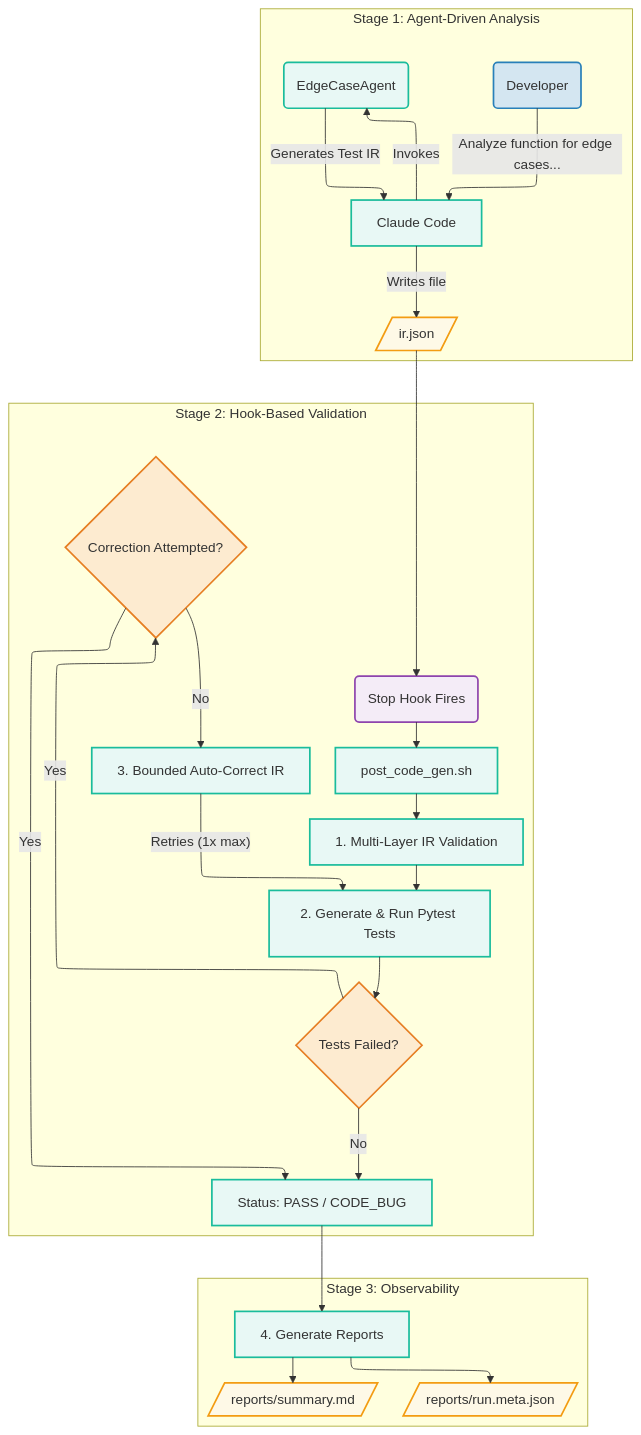
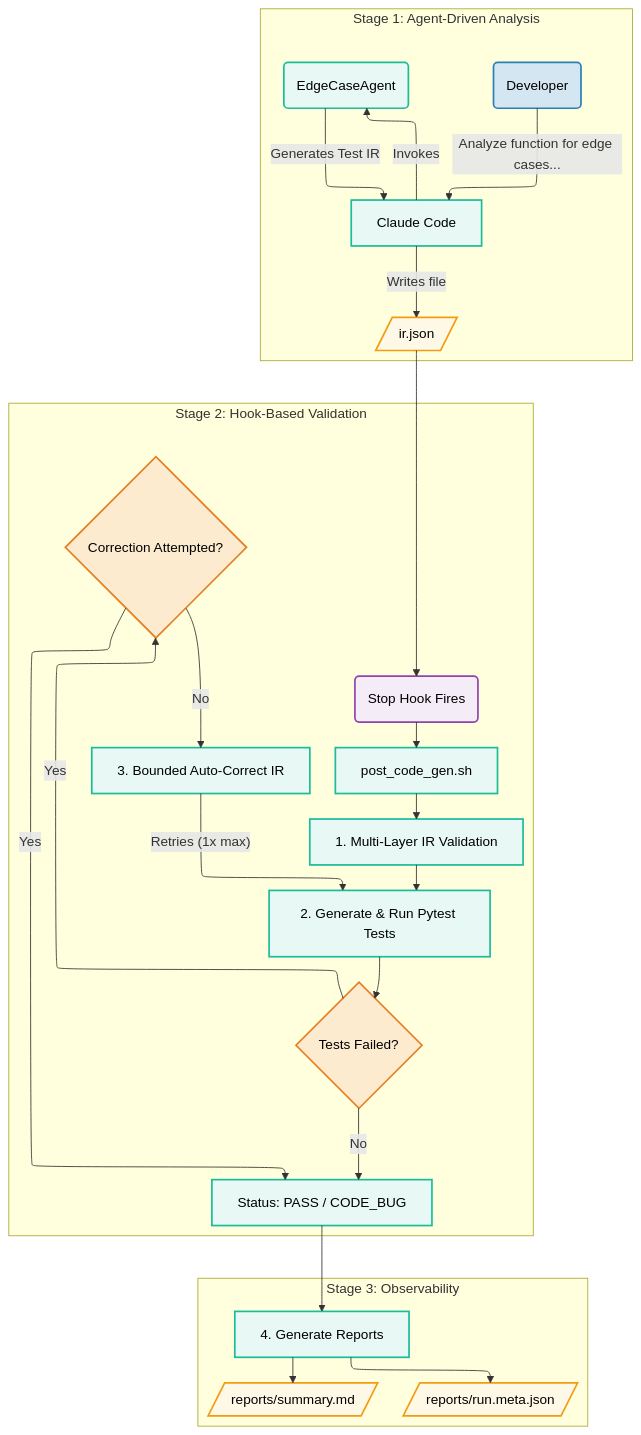
One commit to abean23/claude-code-agent-hooks changed the diagram in docs/main-guide.md. Above: the diagram before and after it, drawn with Mermaid. The commit also changed other lines of this file and 9 other files, not shown here.

````diff
--- a/docs/main-guide.md
+++ b/docs/main-guide.md
@@ -144,48 +144,65 @@
 ```mermaid
 %%{init: { "flowchart": { "defaultRenderer": "elk" } } }%%
 flowchart TD
     %% Define Styles for different node types
     classDef actor fill:#d4e6f1,stroke:#2980b9,stroke-width:2px;
     classDef file fill:#fef9e7,stroke:#f39c12,stroke-width:2px;
     classDef process fill:#e8f8f5,stroke:#1abc9c,stroke-width:2px;
     classDef hook fill:#f4ecf7,stroke:#8e44ad,stroke-width:2px;
     classDef decision fill:#fdebd0,stroke:#e67e22,stroke-width:2px;
 
     %% STAGE 1: Agent Interaction and IR Generation
     subgraph "Stage 1: Agent-Driven Analysis"
         A(Developer) -- "Analyze function for edge cases..." --> B[Claude Code];
         B -- Invokes --> C(EdgeCaseAgent);
         C -- Generates Test IR --> B;
         B -- Writes file --> D[/ir.json/];
     end
 
     %% STAGE 2: Hook-Driven Validation & Correction
     subgraph "Stage 2: Hook-Based Validation"
         E(Stop Hook Fires) --> F[post_code_gen.sh];
         F --> G[1. Multi-Layer IR Validation];
         G --> H[2. Generate & Run Pytest Tests];
         H --> I{Tests Failed?};
         I -- No --> J[Status: PASS / CODE_BUG];
         I -- Yes --> K{Correction Attempted?};
         K -- No --> L[3. Bounded Auto-Correct IR];
         L -- Retries (1x max) --> H;
         K -- Yes --> J;
     end
 
     %% STAGE 3: Observability Reporting
     subgraph "Stage 3: Observability"
         J --> M[4. Generate Reports];
         M --> N[/reports/summary.md/];
         M --> O[/reports/run.meta.json/];
     end
 
     %% Link the Stages
     D --> E;
 
     %% Apply the styles
     class A actor;
     class D,N,O file;
     class B,C,F,G,H,J,L,M process;
     class E hook;
     class I,K decision;
+
+    %% Force all text to black
+    style A fill:#d4e6f1,stroke:#2980b9,stroke-width:2px,color:#000000;
+    style B fill:#e8f8f5,stroke:#1abc9c,stroke-width:2px,color:#000000;
+    style C fill:#e8f8f5,stroke:#1abc9c,stroke-width:2px,color:#000000;
+    style D fill:#fef9e7,stroke:#f39c12,stroke-width:2px,color:#000000;
+    style E fill:#f4ecf7,stroke:#8e44ad,stroke-width:2px,color:#000000;
+    style F fill:#e8f8f5,stroke:#1abc9c,stroke-width:2px,color:#000000;
+    style G fill:#e8f8f5,stroke:#1abc9c,stroke-width:2px,color:#000000;
+    style H fill:#e8f8f5,stroke:#1abc9c,stroke-width:2px,color:#000000;
+    style I fill:#fdebd0,stroke:#e67e22,stroke-width:2px,color:#000000;
+    style J fill:#e8f8f5,stroke:#1abc9c,stroke-width:2px,color:#000000;
+    style K fill:#fdebd0,stroke:#e67e22,stroke-width:2px,color:#000000;
+    style L fill:#e8f8f5,stroke:#1abc9c,stroke-width:2px,color:#000000;
+    style M fill:#e8f8f5,stroke:#1abc9c,stroke-width:2px,color:#000000;
+    style N fill:#fef9e7,stroke:#f39c12,stroke-width:2px,color:#000000;
+    style O fill:#fef9e7,stroke:#f39c12,stroke-width:2px,color:#000000;
 ```
````
